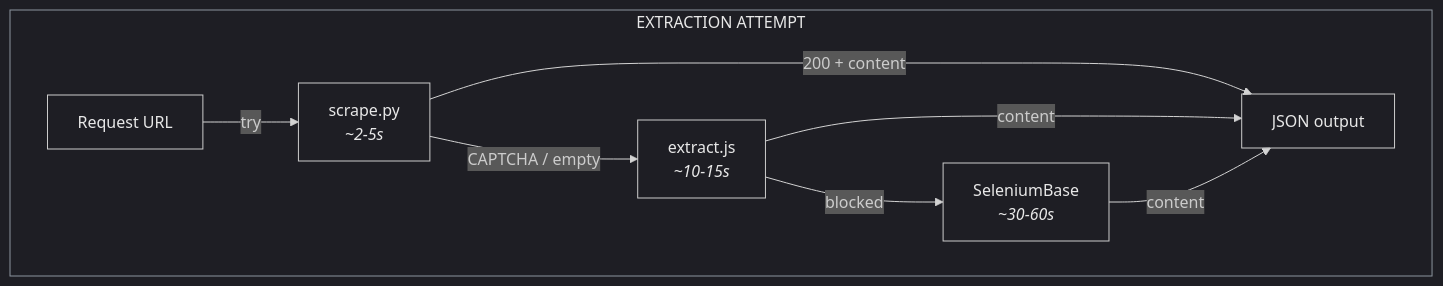
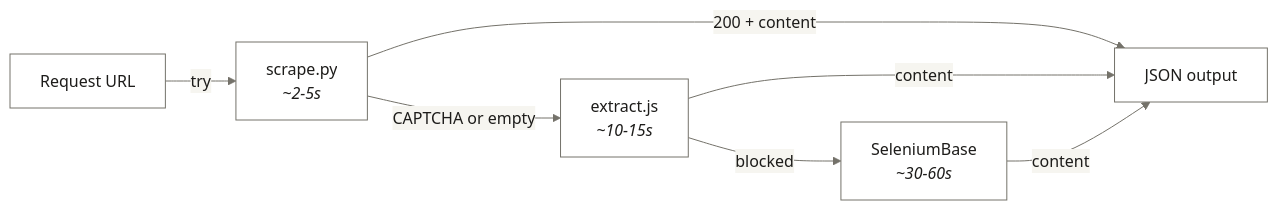
One commit to sellersessions/extract-flow changed the fourth of 4 diagrams in README.md. Above: the diagram before and after it, drawn with Mermaid. The commit also changed other lines of this file and 14 other files, not shown here.

````diff
--- a/README.md
+++ b/README.md
@@ -304,27 +224,22 @@
 ```mermaid
-%%{init: {'theme': 'dark', 'themeVariables': {'nodeTextColor': '#e8e8e8', 'primaryTextColor': '#e8e8e8', 'secondaryTextColor': '#cccccc', 'tertiaryTextColor': '#cccccc', 'clusterBkg': 'transparent', 'clusterBorder': '#8b949e'}}}%%
-
+%%{init: {'theme': 'base', 'themeVariables': {'primaryColor': '#ffffff', 'primaryTextColor': '#1d1c1a', 'primaryBorderColor': '#74726a', 'lineColor': '#74726a', 'secondaryColor': '#f6f5f0', 'tertiaryColor': '#f6f5f0', 'clusterBkg': '#f6f5f0', 'clusterBorder': '#74726a'}}}%%
 flowchart LR
-    subgraph ATTEMPT[" EXTRACTION ATTEMPT "]
-        direction LR
-        REQ["Request URL"]
-        S1["scrape.py<br/><i>~2-5s</i>"]
-        S2["extract.js<br/><i>~10-15s</i>"]
-        S3["SeleniumBase<br/><i>~30-60s</i>"]
-        OK["JSON output"]
-    end
+    REQ["Request URL"]
+    S1["scrape.py<br/><i>~2-5s</i>"]
+    S2["extract.js<br/><i>~10-15s</i>"]
+    S3["SeleniumBase<br/><i>~30-60s</i>"]
+    OK["JSON output"]
 
     REQ -->|"try"| S1
     S1 -->|"200 + content"| OK
-    S1 -->|"CAPTCHA / empty"| S2
+    S1 -->|"CAPTCHA or empty"| S2
     S2 -->|"content"| OK
     S2 -->|"blocked"| S3
     S3 -->|"content"| OK
 
-    style REQ fill:none,stroke-width:1px,color:#e8e8e8
-    style S1 fill:none,stroke-width:1px,color:#e8e8e8
-    style S2 fill:none,stroke-width:1px,color:#e8e8e8
-    style S3 fill:none,stroke-width:1px,color:#e8e8e8
-    style OK fill:none,stroke-width:1px,color:#e8e8e8
-    style ATTEMPT fill:none,stroke-width:1px,color:#e8e8e8
+    style REQ fill:#ffffff,stroke:#74726a,stroke-width:1px,color:#1d1c1a
+    style S1 fill:#ffffff,stroke:#74726a,stroke-width:1px,color:#1d1c1a
+    style S2 fill:#ffffff,stroke:#74726a,stroke-width:1px,color:#1d1c1a
+    style S3 fill:#ffffff,stroke:#74726a,stroke-width:1px,color:#1d1c1a
+    style OK fill:#ffffff,stroke:#74726a,stroke-width:1px,color:#1d1c1a
 ```
````
